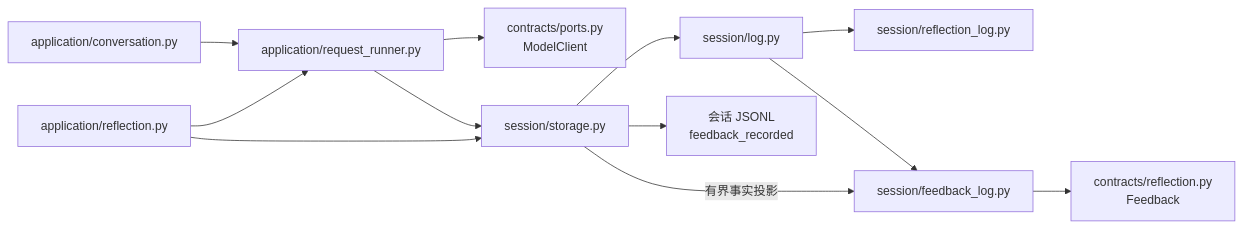
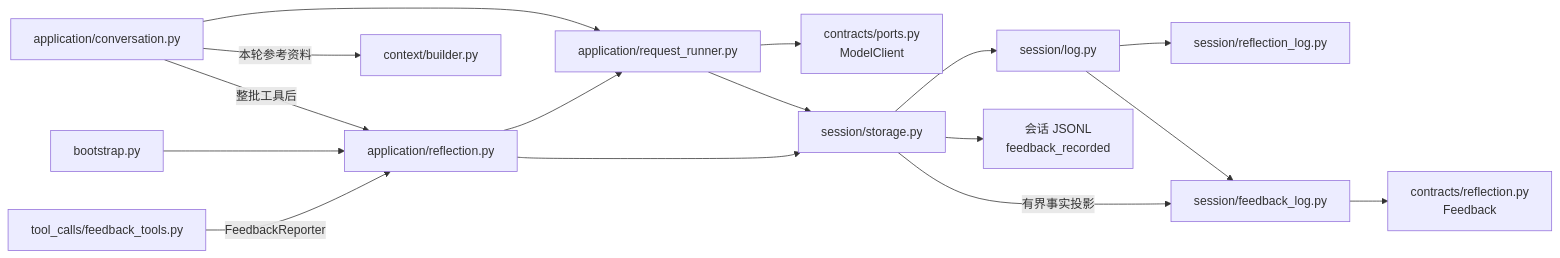
The third of 8 diagrams in docs/architecture.md (Plvltra/AdamAgent), drawn with Mermaid before and after one commit. The commit also changed other lines of this file and 15 other files, not shown here.

```diff
--- a/docs/architecture.md
+++ b/docs/architecture.md
@@ -70,14 +70,18 @@
 ~~~mermaid
 flowchart LR
     CONV["application/conversation.py"] --> RUNNER["application/request_runner.py"]
-    SERVICE["application/reflection.py"] --> RUNNER
+    CONV -->|整批工具后| SERVICE["application/reflection.py"]
+    BOOT["bootstrap.py"] --> SERVICE
+    TOOL["tool_calls/feedback_tools.py"] -->|FeedbackReporter| SERVICE
+    CONV -->|本轮参考资料| BUILDER["context/builder.py"]
+    SERVICE --> RUNNER
     RUNNER --> PORT["contracts/ports.py<br/>ModelClient"]
     RUNNER --> STORE["session/storage.py"]
     SERVICE --> STORE
     STORE --> LOG["session/log.py"]
     LOG --> REFLECT["session/reflection_log.py"]
     LOG --> FEEDBACK["session/feedback_log.py"]
     FEEDBACK --> CONTRACT["contracts/reflection.py<br/>Feedback"]
     STORE -->|有界事实投影| FEEDBACK
     STORE --> JSONL["会话 JSONL<br/>feedback_recorded"]
 ~~~
```
